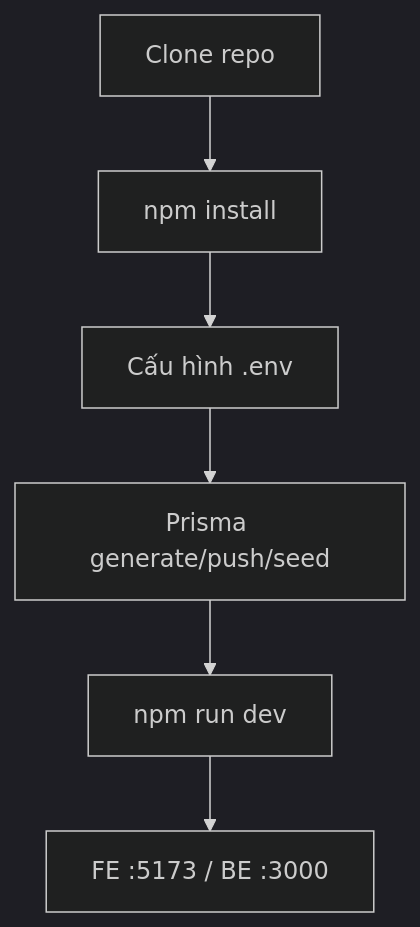
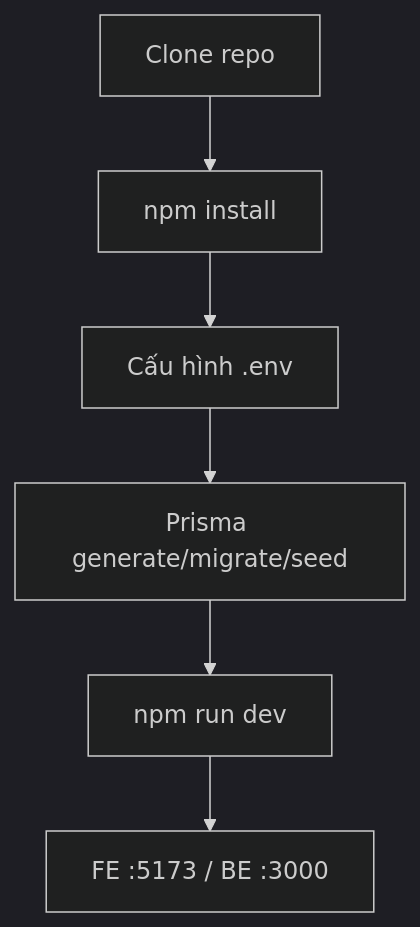
Before and after one commit to Le-Hieu-Minh/WMS_CUR: the diagram in docs/05-getting-started.md, drawn with Mermaid (dark theme). The commit also changed other lines of this file and 12 other files, not shown here.

````diff
--- a/docs/05-getting-started.md
+++ b/docs/05-getting-started.md
@@ -30,8 +30,8 @@
 ```mermaid
 flowchart TD
   A[Clone repo] --> B[npm install]
   B --> C[Cấu hình .env]
-  C --> D[Prisma generate/push/seed]
+  C --> D[Prisma generate/migrate/seed]
   D --> E[npm run dev]
   E --> F[FE :5173 / BE :3000]
 ```
````
